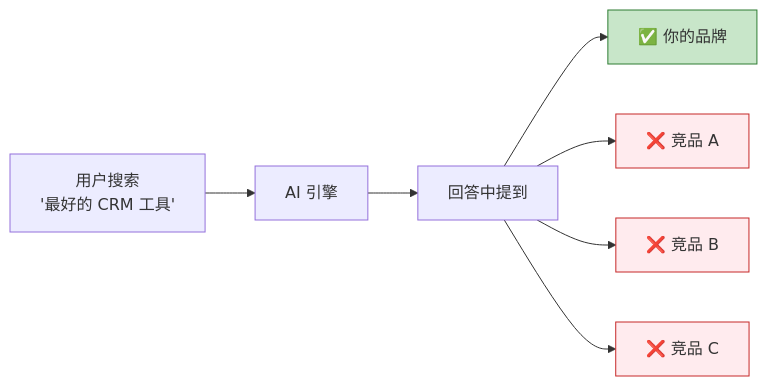
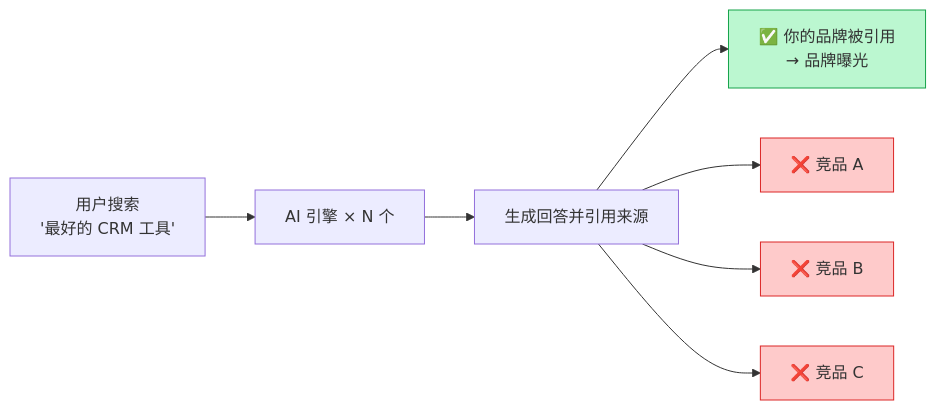
One commit to deep2code/geo changed diagram 17 of 29 in docs/getting-started.md. Above: the diagram before and after it, drawn with Mermaid. The commit also changed other lines of this file and 3 other files, not shown here.

First line of the commit message:
docs: 全面美化文档，大量采用 Mermaid 图表

````diff
--- a/docs/getting-started.md
+++ b/docs/getting-started.md
@@ -426,14 +586,14 @@
 ```mermaid
 flowchart LR
-    Q["用户搜索<br/>'最好的 CRM 工具'"] --> AI["AI 引擎"]
-    AI --> R["回答中提到"]
-    R --> Y["✅ 你的品牌"]
+    Q["用户搜索<br/>'最好的 CRM 工具'"] --> AI["AI 引擎 × N 个"]
+    AI --> R["生成回答并引用来源"]
+    R --> Y["✅ 你的品牌被引用<br/>→ 品牌曝光"]
     R --> N1["❌ 竞品 A"]
     R --> N2["❌ 竞品 B"]
     R --> N3["❌ 竞品 C"]
 
-    style Y fill:#c8e6c9,stroke:#2e7d32
-    style N1 fill:#ffebee,stroke:#c62828
-    style N2 fill:#ffebee,stroke:#c62828
-    style N3 fill:#ffebee,stroke:#c62828
+    style Y fill:#bbf7d0,stroke:#16a34a
+    style N1 fill:#fecaca,stroke:#dc2626
+    style N2 fill:#fecaca,stroke:#dc2626
+    style N3 fill:#fecaca,stroke:#dc2626
 ```
````
